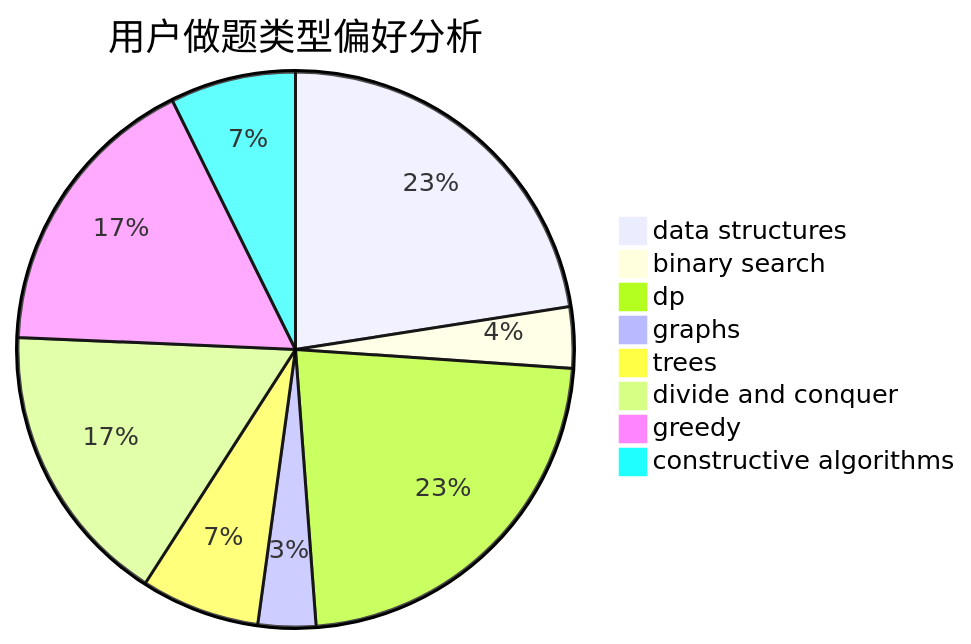
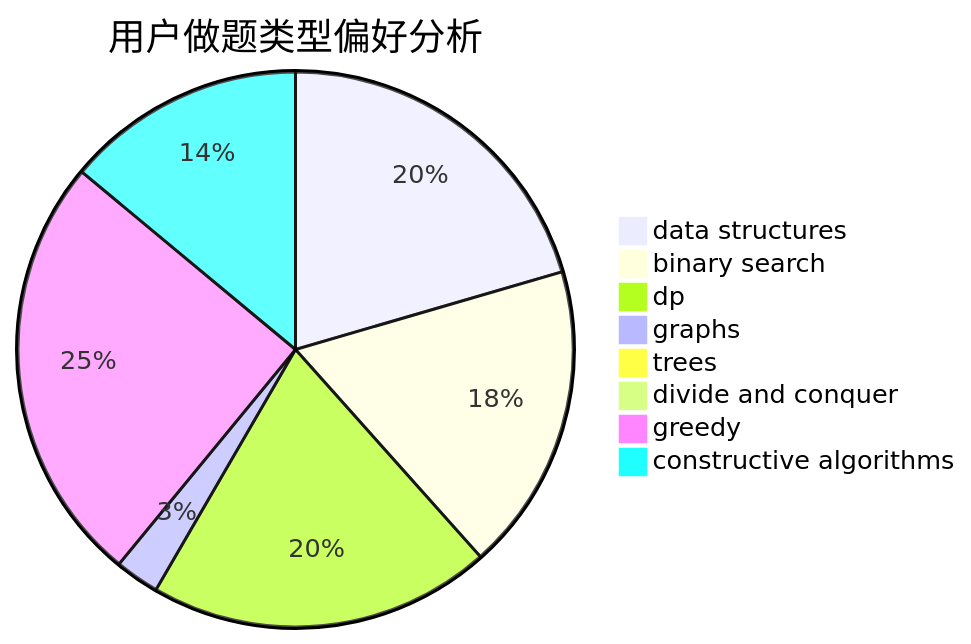
The second of 3 diagrams in docs/user/u1980.md (sherpahu/cfrs.github.io), drawn with Mermaid before and after one commit. The commit also changed other lines of this file and 2770 other files, not shown here.

````diff
--- a/docs/user/u1980.md
+++ b/docs/user/u1980.md
@@ -23,11 +23,11 @@
 ```mermaid
 pie title 用户做题类型偏好分析
-    "data structures" :  114
-    "binary search" :  18
-    "dp" :  115
-    "graphs" :  17
-    "trees" :  35
-    "divide and conquer" :  84
-    "greedy" :  86
-    "constructive algorithms" :  37
+    "data structures" :  477
+    "binary search" :  417
+    "dp" :  465
+    "graphs" :  60
+    "trees" :  7
+    "divide and conquer" :  1
+    "greedy" :  584
+    "constructive algorithms" :  325
 ```
````
